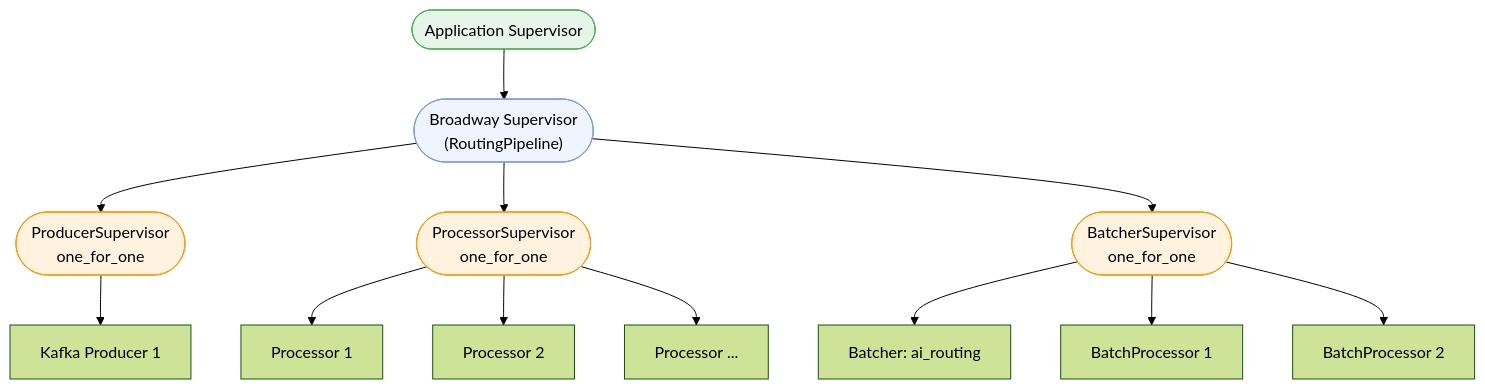
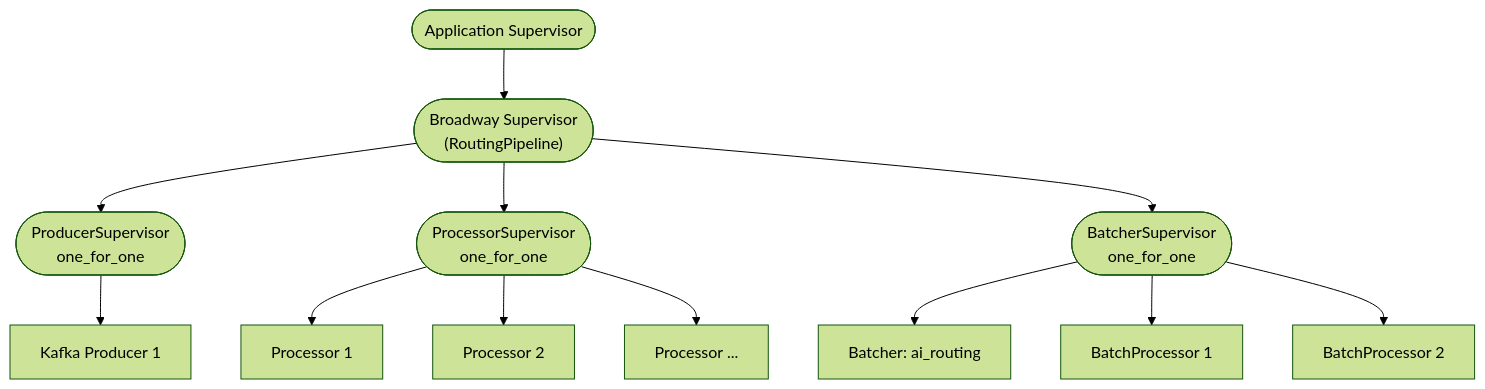
One commit to bchassoul/notes changed the third of 24 diagrams in docs/notes/genstage-broadway-ai.md. Above: the diagram before and after it, drawn with Mermaid (forest theme). The commit also changed other lines of this file and 9 other files, not shown here.

Commit message:
Add diagrams and visual improvements across all notes

````diff
--- a/docs/notes/genstage-broadway-ai.md
+++ b/docs/notes/genstage-broadway-ai.md
@@ -311,25 +309,20 @@
 ```mermaid
 flowchart TD
     APP(["Application Supervisor"])
     APP --> BW(["Broadway Supervisor\n(RoutingPipeline)"])
 
     BW --> PS(["ProducerSupervisor\none_for_one"])
     BW --> PRS(["ProcessorSupervisor\none_for_one"])
     BW --> BS(["BatcherSupervisor\none_for_one"])
 
     PS --> KP1["Kafka Producer 1"]
 
     PRS --> P1["Processor 1"]
     PRS --> P2["Processor 2"]
     PRS --> P3["Processor ..."]
 
     BS --> B1["Batcher: ai_routing"]
     BS --> BC1["BatchProcessor 1"]
     BS --> BC2["BatchProcessor 2"]
 
-    style APP fill:#e6f4ea,stroke:#4caf50,color:#000
-    style BW fill:#f0f4ff,stroke:#7b9cde,color:#000
-    style PS fill:#fff3e0,stroke:#ff9800,color:#000
-    style PRS fill:#fff3e0,stroke:#ff9800,color:#000
-    style BS fill:#fff3e0,stroke:#ff9800,color:#000
 ```
````
